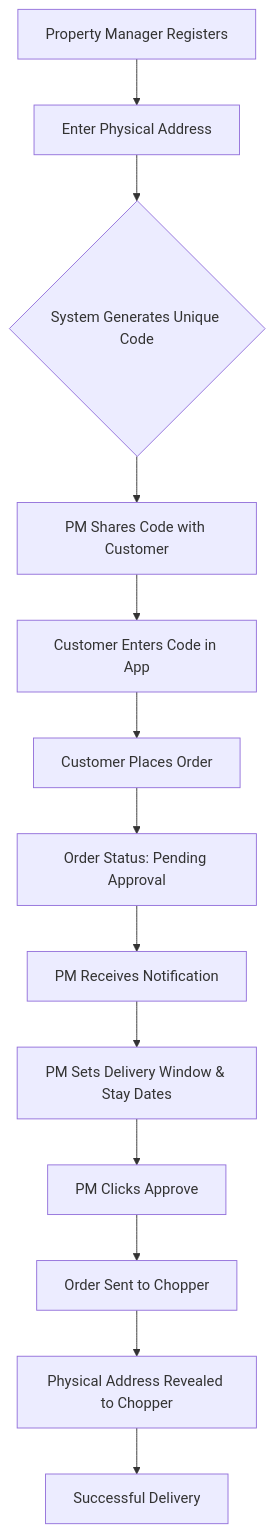
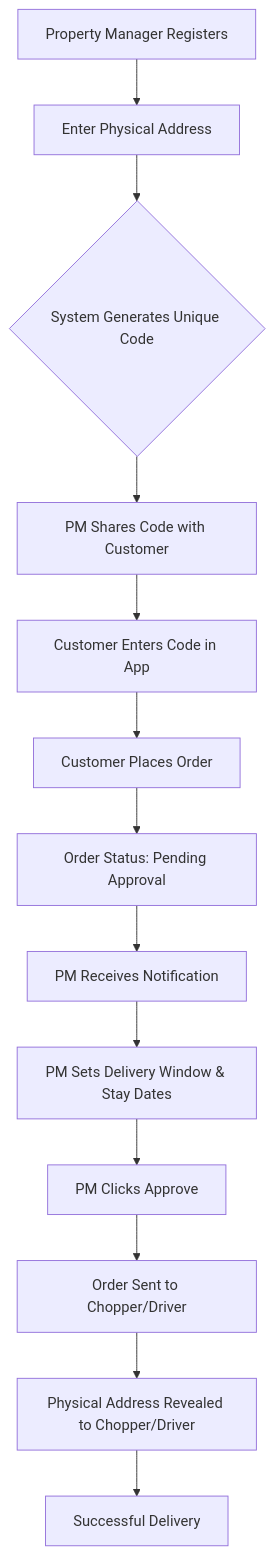
The diagram in docs/Property_host_role.md (ThakurSaad/happypphoto_server), drawn with Mermaid before and after one commit. The commit also changed other lines of this file and 87 other files, not shown here.

````diff
--- a/docs/Property_host_role.md
+++ b/docs/Property_host_role.md
@@ -39,22 +39,22 @@
 ```mermaid
 graph TD
     %% Phase 1: Setup
     A[Property Manager Registers] --> B[Enter Physical Address]
     B --> C{System Generates Unique Code}
     C --> D[PM Shares Code with Customer]
 
     %% Phase 2: Ordering
     D --> E[Customer Enters Code in App]
     E --> F[Customer Places Order]
     F --> G[Order Status: Pending Approval]
 
     %% Phase 3: Approval
     G --> H[PM Receives Notification]
     H --> I[PM Sets Delivery Window & Stay Dates]
     I --> J[PM Clicks Approve]
 
     %% Phase 4: Fulfillment
-    J --> K[Order Sent to Chopper]
-    K --> L[Physical Address Revealed to Chopper]
+    J --> K[Order Sent to Chopper/Driver]
+    K --> L[Physical Address Revealed to Chopper/Driver]
     L --> M[Successful Delivery]
 ```
````
